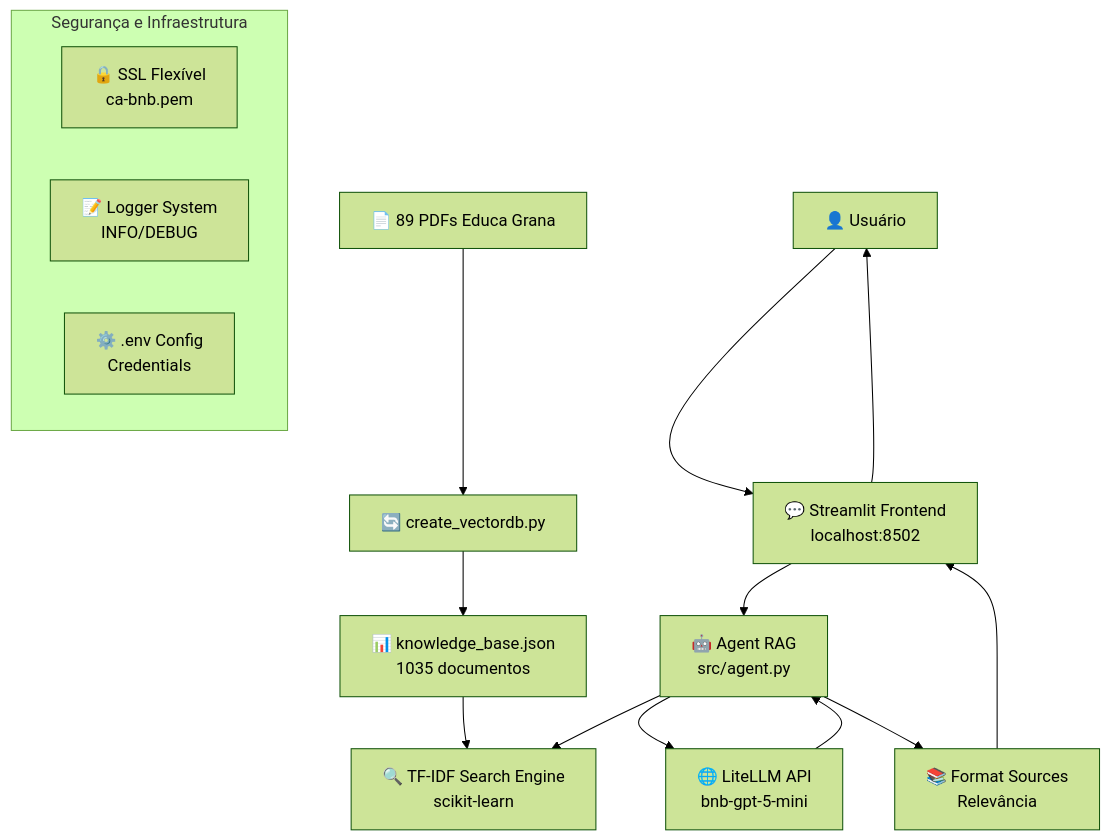
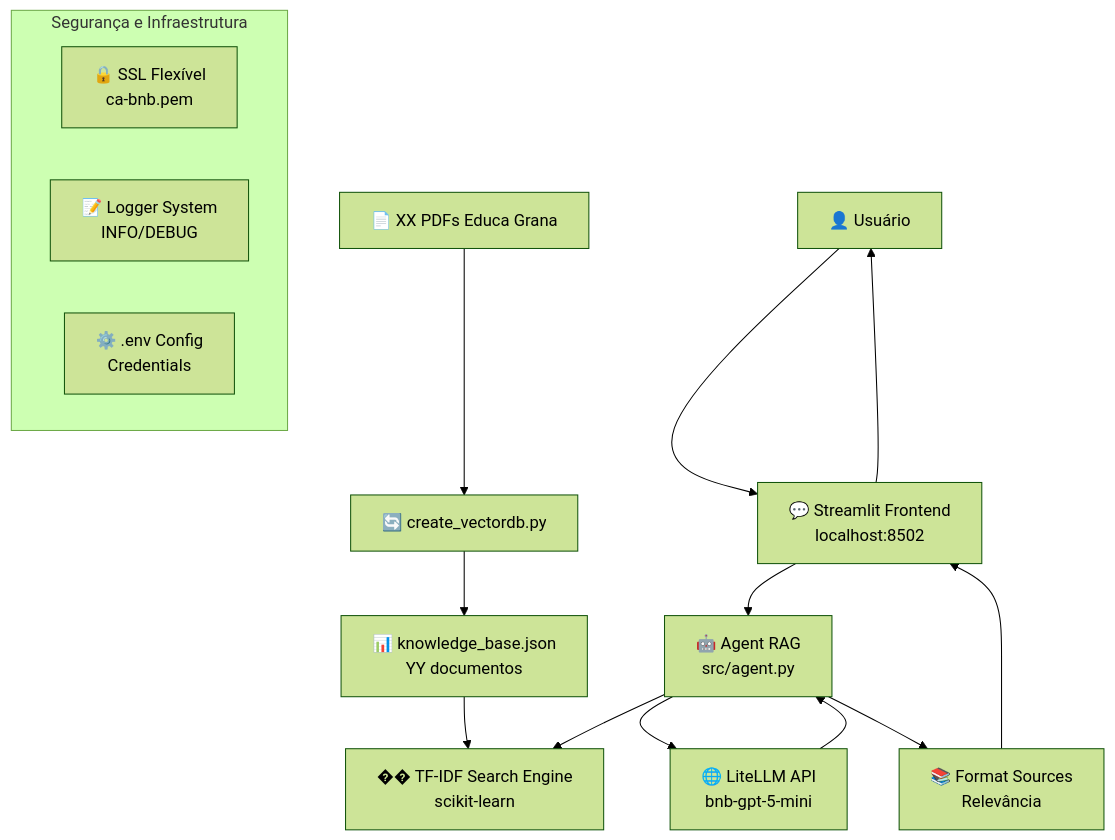
Before and after one commit to esantanap/Educa-Grana: the diagram in README.md, drawn with Mermaid (forest theme). The commit also changed other lines of this file and 1 other file, not shown here.

````diff
--- a/README.md
+++ b/README.md
@@ -47,21 +59,21 @@
 ```mermaid
 graph TB
-    A[📄 89 PDFs Educa Grana] --> B[🔄 create_vectordb.py]
-    B --> C[📊 knowledge_base.json<br/>1035 documentos]
-    C --> D[🔍 TF-IDF Search Engine<br/>scikit-learn]
+    A[📄 XX PDFs Educa Grana] --> B[🔄 create_vectordb.py]
+    B --> C[📊 knowledge_base.json<br/>YY documentos]
+    C --> D[�� TF-IDF Search Engine<br/>scikit-learn]
     
     E[👤 Usuário] --> F[💬 Streamlit Frontend<br/>localhost:8502]
     F --> G[🤖 Agent RAG<br/>src/agent.py]
     G --> D
     G --> H[🌐 LiteLLM API<br/>bnb-gpt-5-mini]
     H --> G
     G --> I[📚 Format Sources<br/>Relevância]
     I --> F
     F --> E
     
     subgraph "Segurança e Infraestrutura"
         J[🔒 SSL Flexível<br/>ca-bnb.pem]
         K[📝 Logger System<br/>INFO/DEBUG]
         L[⚙️ .env Config<br/>Credentials]
     end
 ```
````
